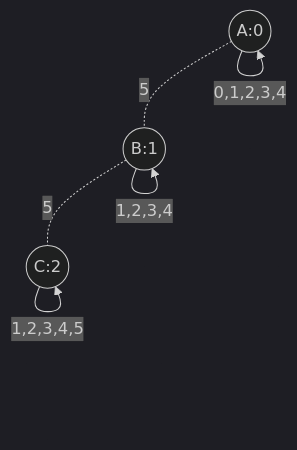
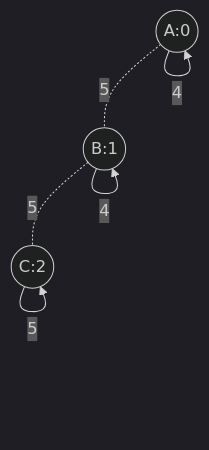
Before and after one commit to randomfunkstyle/randomfun2025swift: the diagram in Resources/TestMaps/three_rooms.md, drawn with Mermaid (dark theme). The commit also changed 12 other files, not shown here.

````diff
--- a/Resources/TestMaps/three_rooms.md
+++ b/Resources/TestMaps/three_rooms.md
@@ -3,13 +3,24 @@
 ```mermaid
 graph TD
     A((A:0))
     B((B:1))
     C((C:2))
     
     A -.5.- B
     B -.5.- C
     
-    A --0,1,2,3,4--> A
-    B --1,2,3,4--> B
-    C --1,2,3,4,5--> C
+    A --0--> A
+    A --1--> A
+    A --2--> A
+    A --3--> A
+    A --4--> A
+    B --1--> B
+    B --2--> B
+    B --3--> B
+    B --4--> B
+    C --1--> C
+    C --2--> C
+    C --3--> C
+    C --4--> C
+    C --5--> C
 ```
````
